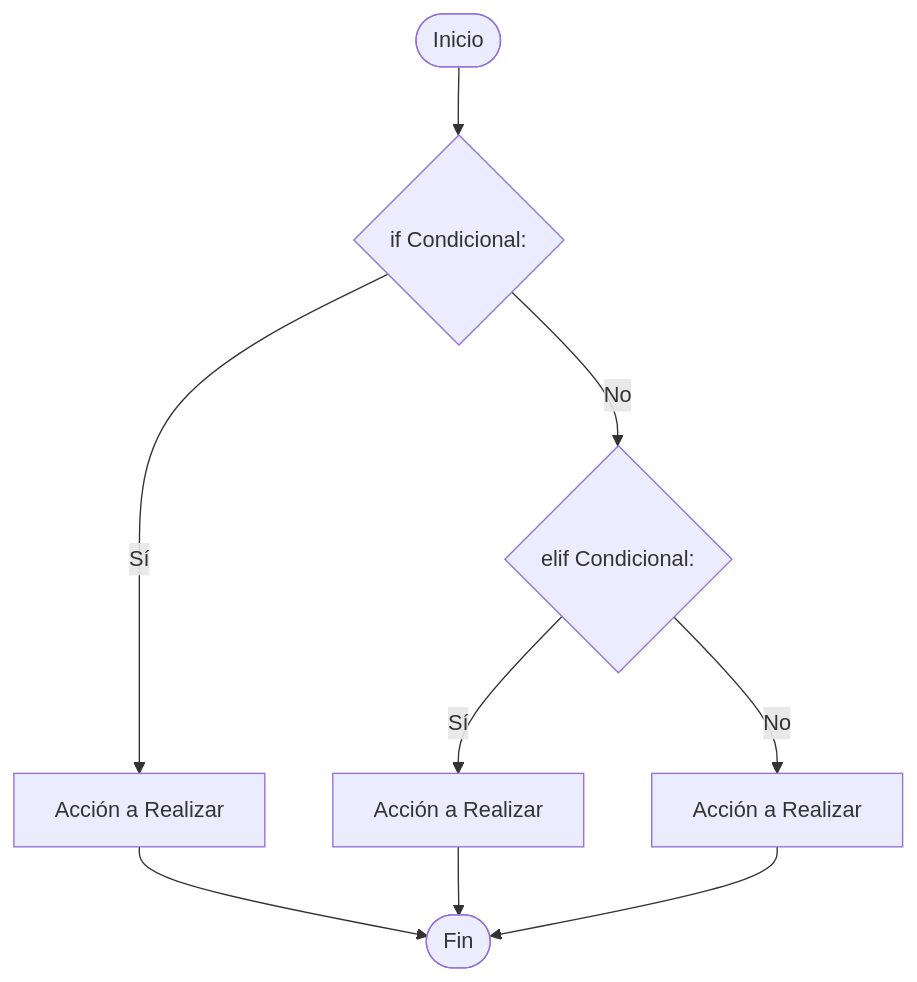
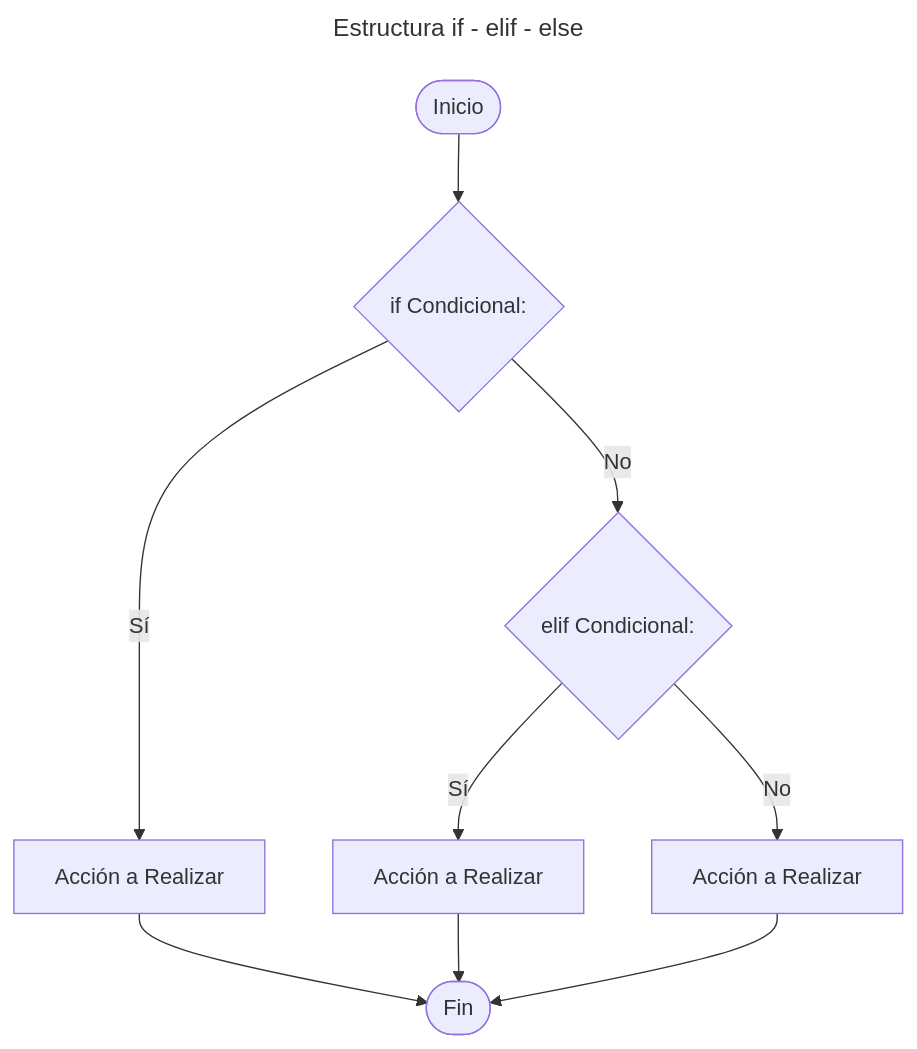
Before and after one commit to EnriqueChavezM/python-labs-and-tutorials: the third of 5 diagrams in 01-Fundamentos/05-Estructuras_de_Control/01_Condicionales.md, drawn with Mermaid. The commit also changed other lines of this file, not shown here.

Commit message:
fix(docs): add titles to flowcharts for conditional structures and loops in documentation

````diff
--- a/01-Fundamentos/05-Estructuras_de_Control/01_Condicionales.md
+++ b/01-Fundamentos/05-Estructuras_de_Control/01_Condicionales.md
@@ -87,11 +93,14 @@
 ```mermaid
+---
+title: Estructura if - elif - else
+---
 graph TD
     A([Inicio]) --> B{if Condicional:}
     B -- Sí --> C[Acción a Realizar]
     B -- No --> D{elif Condicional:}
     D -- Sí --> E[Acción a Realizar]
     D -- No --> F[Acción a Realizar]
     C --> G([Fin])
     E --> G
     F --> G
 ```
````
